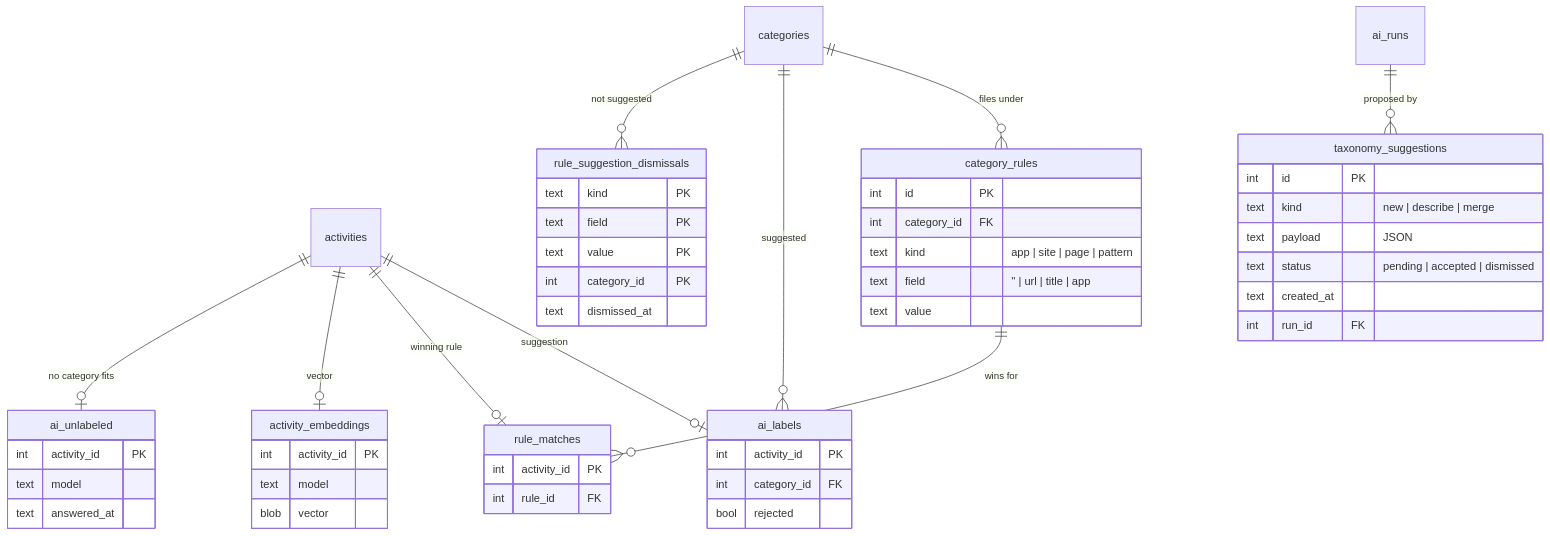
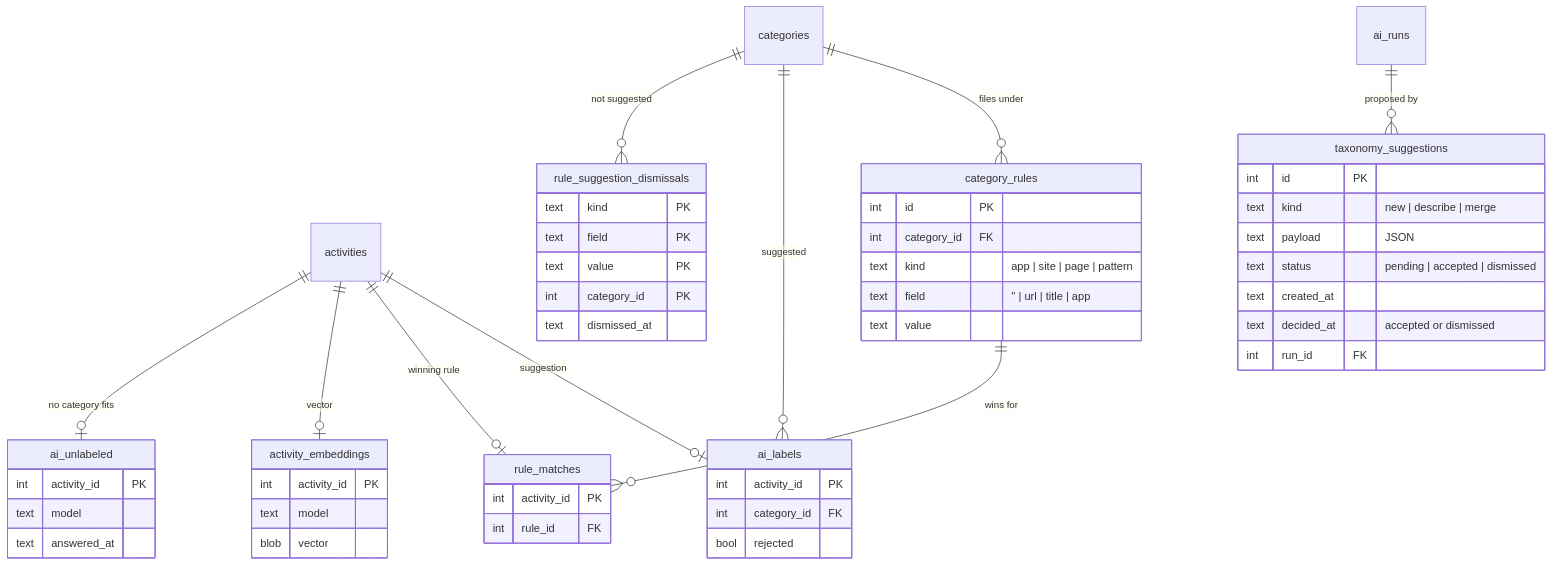
The second of 3 diagrams in docs/architecture/persistence.md (phucvinh57/makora), drawn with Mermaid before and after one commit. The commit also changed 11 other files, not shown here.

````diff
--- a/docs/architecture/persistence.md
+++ b/docs/architecture/persistence.md
@@ -52,53 +52,54 @@
 ```mermaid
 erDiagram
     activities ||--o| ai_labels : "suggestion"
     activities ||--o| rule_matches : "winning rule"
     activities ||--o| activity_embeddings : "vector"
     category_rules ||--o{ rule_matches : "wins for"
     categories ||--o{ category_rules : "files under"
     categories ||--o{ ai_labels : "suggested"
     categories ||--o{ rule_suggestion_dismissals : "not suggested"
     activities ||--o| ai_unlabeled : "no category fits"
     ai_runs ||--o{ taxonomy_suggestions : "proposed by"
     ai_labels {
         int activity_id PK
         int category_id FK
         bool rejected
     }
     rule_matches {
         int activity_id PK
         int rule_id FK
     }
     category_rules {
         int id PK
         int category_id FK
         text kind "app | site | page | pattern"
         text field "'' | url | title | app"
         text value
     }
     rule_suggestion_dismissals {
         text kind PK
         text field PK
         text value PK
         int category_id PK
         text dismissed_at
     }
     activity_embeddings {
         int activity_id PK
         text model
         blob vector
     }
     ai_unlabeled {
         int activity_id PK
         text model
         text answered_at
     }
     taxonomy_suggestions {
         int id PK
         text kind "new | describe | merge"
         text payload "JSON"
         text status "pending | accepted | dismissed"
         text created_at
+        text decided_at "accepted or dismissed"
         int run_id FK
     }
 ```
````
